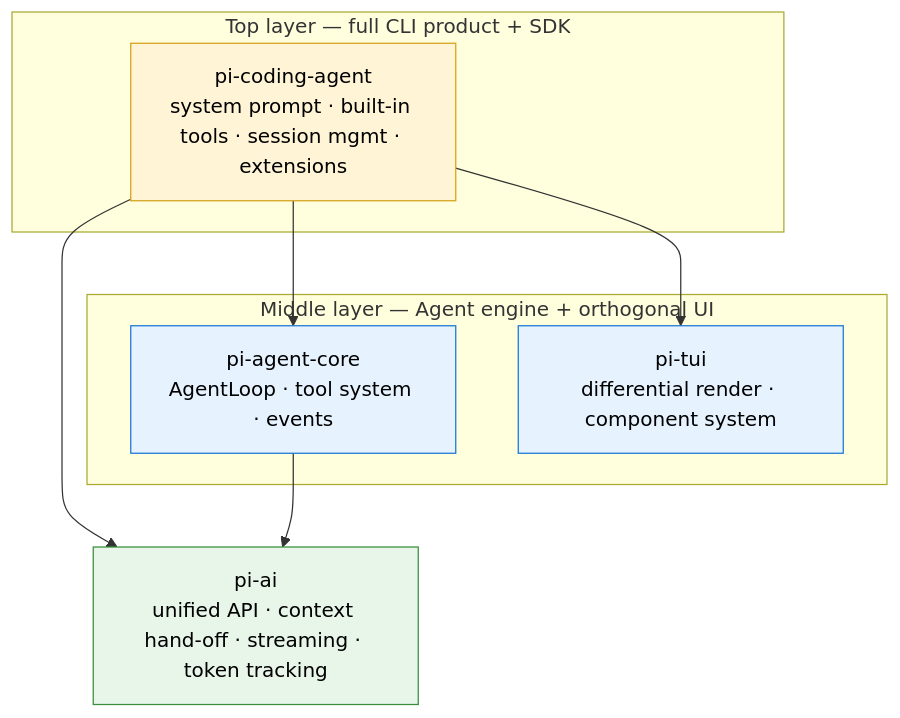
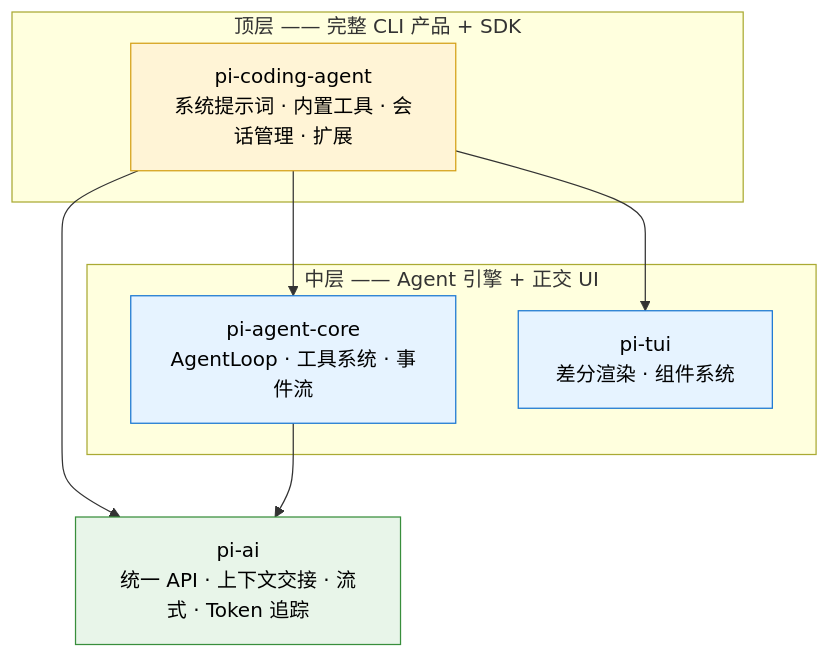
One commit to pifydev/docs changed the diagram in zh/src/ch01-overview.md. Above: the diagram before and after it, drawn with Mermaid. The commit also changed other lines of this file and 13 other files, not shown here.

First line of the commit message:
zh: fetch ch03-ch10 from dgzhuya, rename ch04/ch05 to canonical slugs, add mermaid to ch01 zh

````diff
--- a/zh/src/ch01-overview.md
+++ b/zh/src/ch01-overview.md
@@ -125,22 +89,22 @@
 ```mermaid
-%% Pi-Agent four-package architecture
+%% Pi-Agent 四层架构
 graph TB
-    subgraph TOP["Top layer — full CLI product + SDK"]
-        PCA["pi-coding-agent<br/>system prompt · built-in tools · session mgmt · extensions"]
+    subgraph TOP["顶层 —— 完整 CLI 产品 + SDK"]
+        PCA["pi-coding-agent<br/>系统提示词 · 内置工具 · 会话管理 · 扩展"]
     end
-    subgraph MID["Middle layer — Agent engine + orthogonal UI"]
-        PAC["pi-agent-core<br/>AgentLoop · tool system · events"]
-        TUI["pi-tui<br/>differential render · component system"]
+    subgraph MID["中层 —— Agent 引擎 + 正交 UI"]
+        PAC["pi-agent-core<br/>AgentLoop · 工具系统 · 事件流"]
+        TUI["pi-tui<br/>差分渲染 · 组件系统"]
     end
-    BOT["pi-ai<br/>unified API · context hand-off · streaming · token tracking"]
+    BOT["pi-ai<br/>统一 API · 上下文交接 · 流式 · Token 追踪"]
     PCA --> PAC
     PCA --> BOT
     PCA --> TUI
     PAC --> BOT
     classDef top fill:#fff4d6,stroke:#d4a017,color:#000
     classDef mid fill:#e6f3ff,stroke:#1976d2,color:#000
     classDef bot fill:#e8f5e9,stroke:#388e3c,color:#000
     class PCA top
     class PAC,TUI mid
     class BOT bot
 ```
````
